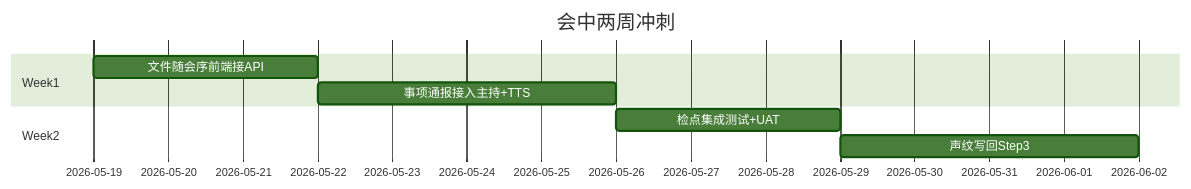
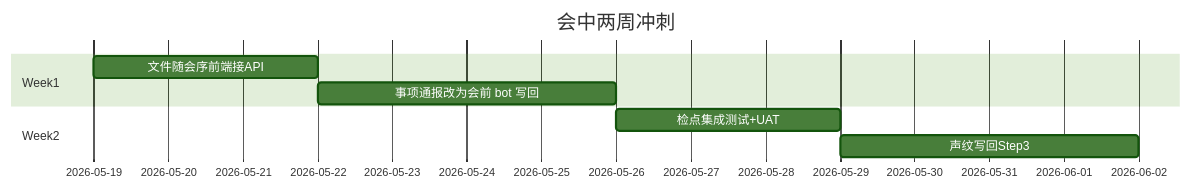
One commit to guorj/SMART-MEETING-java changed the second of 2 diagrams in docs/会中模块进度评估.md. Above: the diagram before and after it, drawn with Mermaid (forest theme). The commit also changed other lines of this file and 124 other files, not shown here.

````diff
--- a/docs/会中模块进度评估.md
+++ b/docs/会中模块进度评估.md
@@ -181,11 +181,11 @@
 ```mermaid
 gantt
   title 会中两周冲刺
   dateFormat YYYY-MM-DD
   section Week1
   文件随会序前端接API     :w1a, 2026-05-19, 3d
-  事项通报接入主持+TTS    :w1b, after w1a, 4d
+  事项通报改为会前 bot 写回    :w1b, after w1a, 4d
   section Week2
   检点集成测试+UAT        :w2a, 2026-05-26, 3d
   声纹写回Step3           :w2b, after w2a, 4d
 ```
````
